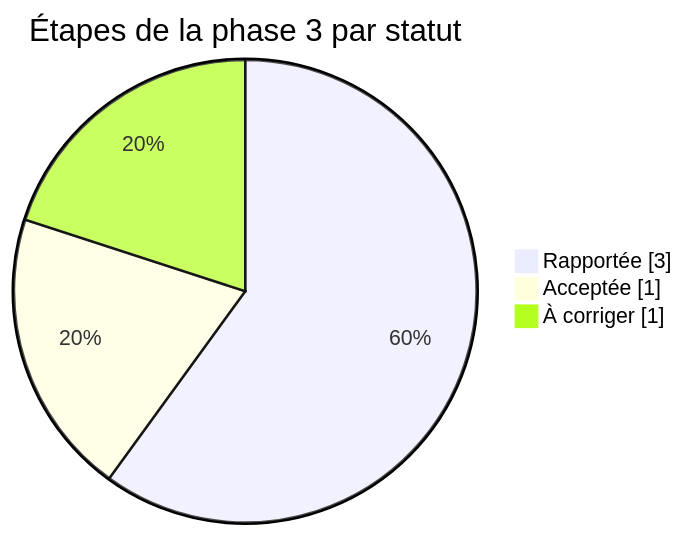
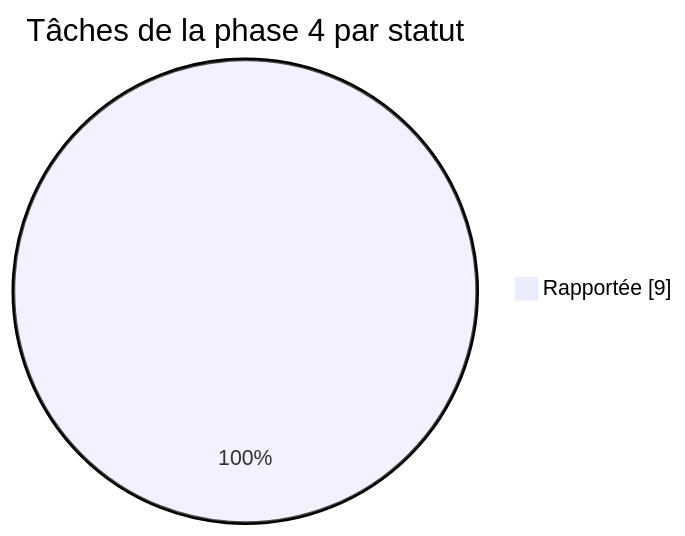
One commit to lyon32/lyonpanel changed the third of 5 diagrams in docs/reports/TABLEAU-DE-BORD.md. Above: the diagram before and after it, drawn with Mermaid. The commit also changed other lines of this file and 98 other files, not shown here.

````diff
--- a/docs/reports/TABLEAU-DE-BORD.md
+++ b/docs/reports/TABLEAU-DE-BORD.md
@@ -80,7 +82,5 @@
 ```mermaid
 pie showData
-  title Étapes de la phase 3 par statut
-  "Rapportée" : 3
-  "Acceptée" : 1
-  "À corriger" : 1
+  title Tâches de la phase 4 par statut
+  "Rapportée" : 9
 ```
````
